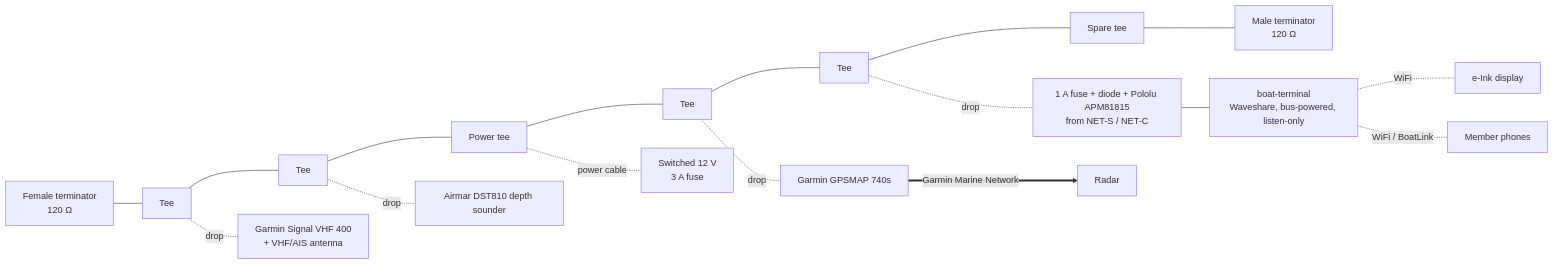
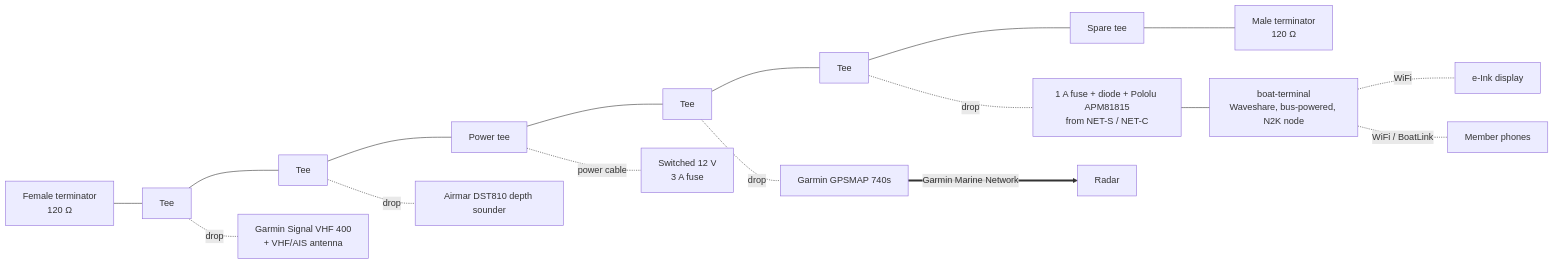
One commit to l-m-y-c/boat-terminal changed the first of 2 diagrams in docs/19-n2k-backbone-install.md. Above: the diagram before and after it, drawn with Mermaid. The commit also changed other lines of this file and 41 other files, not shown here.

````diff
--- a/docs/19-n2k-backbone-install.md
+++ b/docs/19-n2k-backbone-install.md
@@ -13,16 +13,16 @@
 ```mermaid
 flowchart LR
     TF[Female terminator<br/>120 Ω] --- T1
     T1[Tee] --- T2[Tee] --- TP[Power tee] --- T3[Tee] --- T4[Tee] --- T5[Spare tee]
     T5 --- TM[Male terminator<br/>120 Ω]
 
     T1 -. drop .- VHF[Garmin Signal VHF 400<br/>+ VHF/AIS antenna]
     T2 -. drop .- DEP[Airmar DST810 depth sounder]
     TP -. power cable .- PWR[Switched 12 V<br/>3 A fuse]
     T3 -. drop .- PLOT[Garmin GPSMAP 740s]
-    T4 -. drop .- DCDC[1 A fuse + diode + Pololu APM81815<br/>from NET-S / NET-C] --- BT[boat-terminal<br/>Waveshare, bus-powered, listen-only]
+    T4 -. drop .- DCDC[1 A fuse + diode + Pololu APM81815<br/>from NET-S / NET-C] --- BT[boat-terminal<br/>Waveshare, bus-powered, N2K node]
 
     PLOT == Garmin Marine Network ==> RADAR[Radar]
     BT -. WiFi .- EINK[e-Ink display]
     BT -. WiFi / BoatLink .- PHONE[Member phones]
 ```
````
